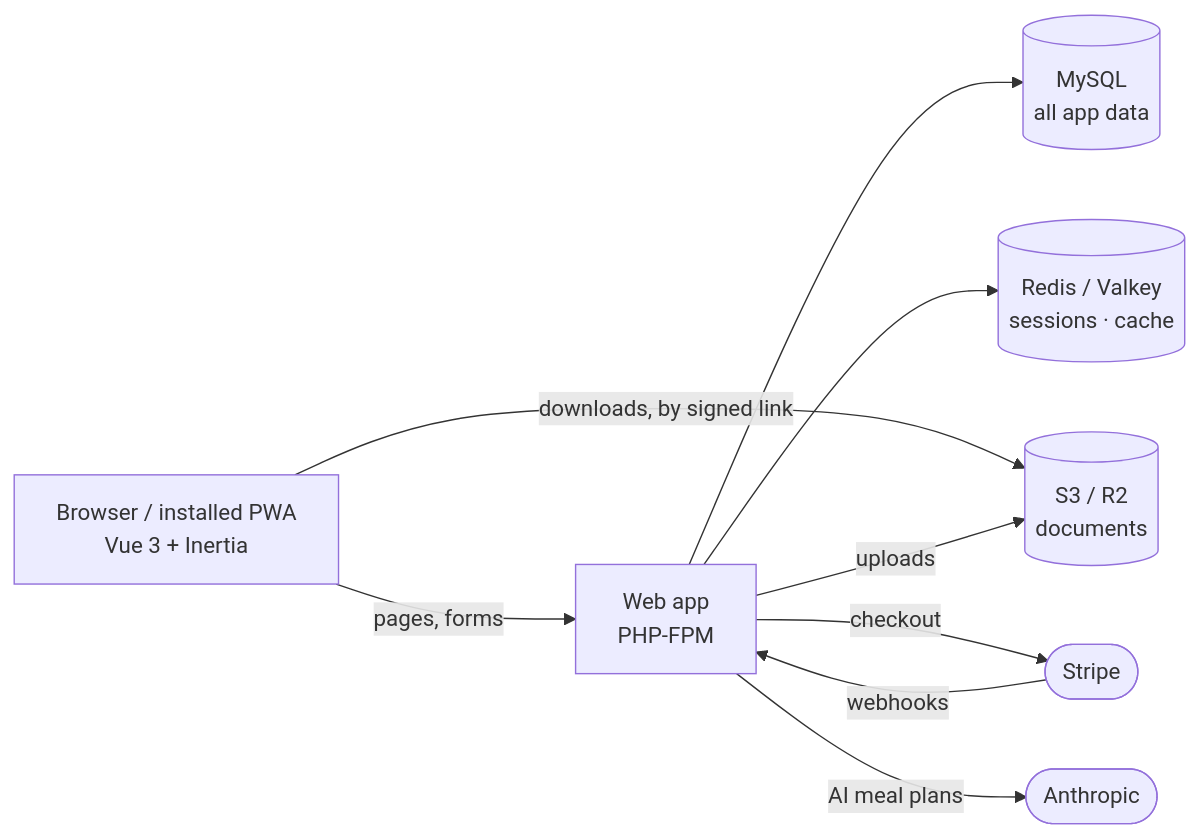
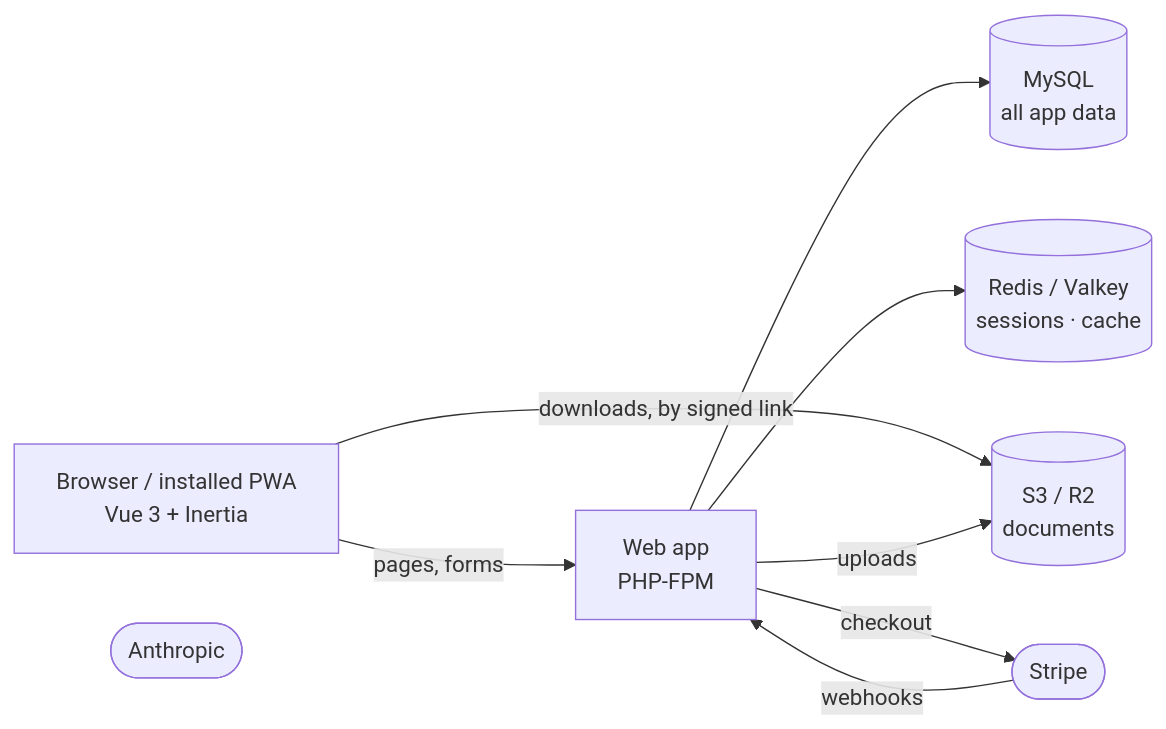
Before and after one commit to owensanders/ryh: the first of 5 diagrams in README.md, drawn with Mermaid. The commit also changed other lines of this file and 22 other files, not shown here.

First line of the commit message:
Write AI meal plans in a queued job, and keep them

````diff
--- a/README.md
+++ b/README.md
@@ -159,19 +159,18 @@
 ```mermaid
 flowchart LR
     browser["Browser / installed PWA<br/>Vue 3 + Inertia"]
     web["Web app<br/>PHP-FPM"]
     mysql[("MySQL<br/>all app data")]
     redis[("Redis / Valkey<br/>sessions · cache")]
     s3[("S3 / R2<br/>documents")]
     stripe(["Stripe"])
     anthropic(["Anthropic"])
 
     browser -->|"pages, forms"| web
     browser -->|"downloads, by signed link"| s3
     web --> mysql
     web --> redis
     web -->|"uploads"| s3
     web -->|"checkout"| stripe
     stripe -->|"webhooks"| web
-    web -->|"AI meal plans"| anthropic
 ```
````
